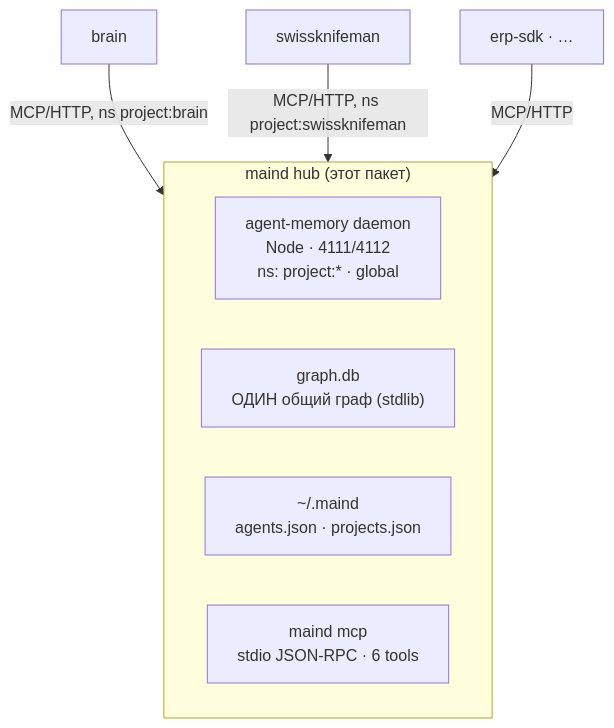
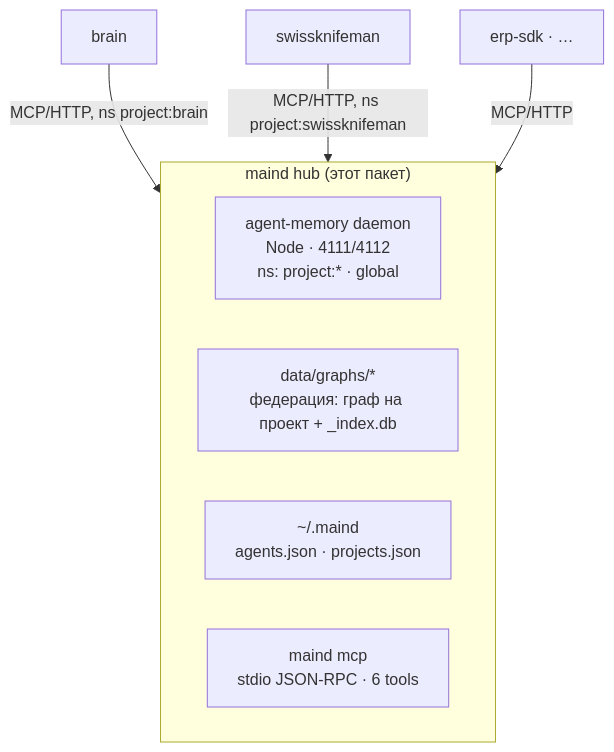
One commit to academici/swissknifeman changed the first of 2 diagrams in docs/architecture.md. Above: the diagram before and after it, drawn with Mermaid. The commit also changed other lines of this file and 26 other files, not shown here.

First line of the commit message:
feat: federated cross-project graph, connection healthcheck & unified sync

````diff
--- a/docs/architecture.md
+++ b/docs/architecture.md
@@ -12,12 +12,12 @@
 ```mermaid
 graph TD
   subgraph hub["maind hub (этот пакет)"]
     M["agent-memory daemon<br/>Node · 4111/4112<br/>ns: project:* · global"]
-    G["graph.db<br/>ОДИН общий граф (stdlib)"]
+    G["data/graphs/*<br/>федерация: граф на проект + _index.db"]
     R["~/.maind<br/>agents.json · projects.json"]
     MCP["maind mcp<br/>stdio JSON-RPC · 6 tools"]
   end
   brain -->|MCP/HTTP, ns project:brain| hub
   swissknifeman -->|MCP/HTTP, ns project:swissknifeman| hub
   erp["erp-sdk · …"] -->|MCP/HTTP| hub
 ```
````
